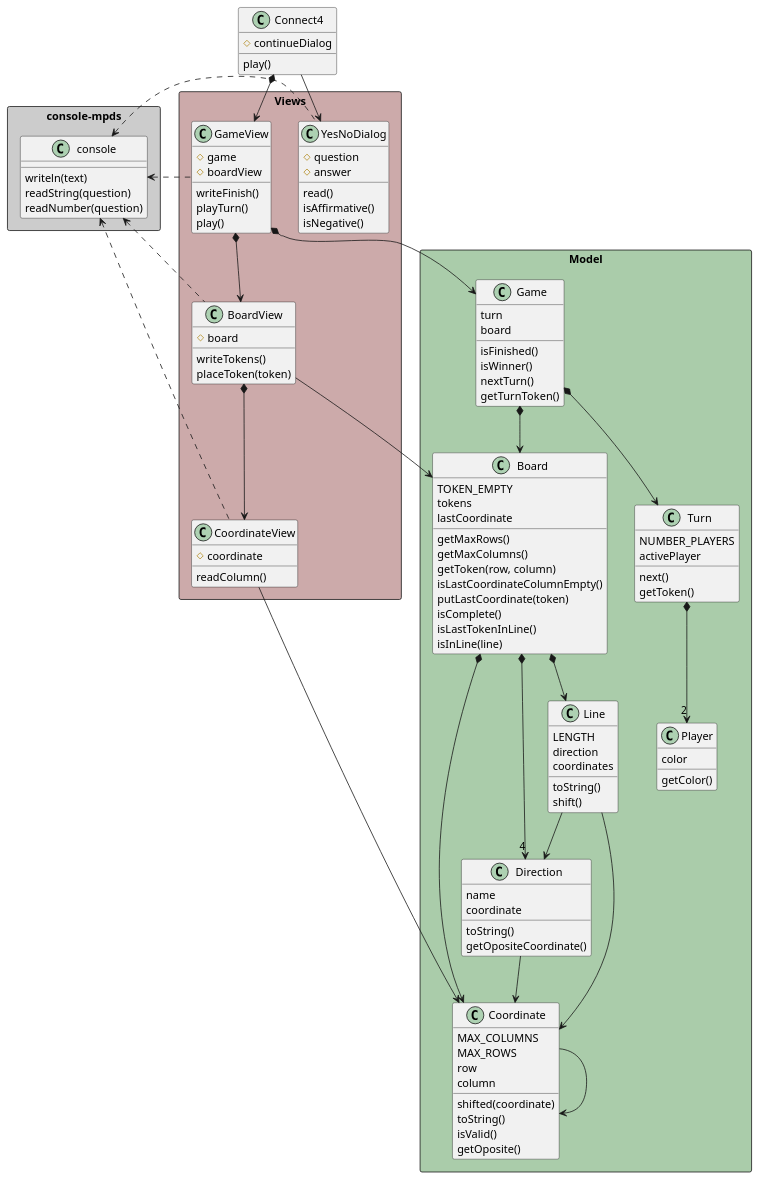
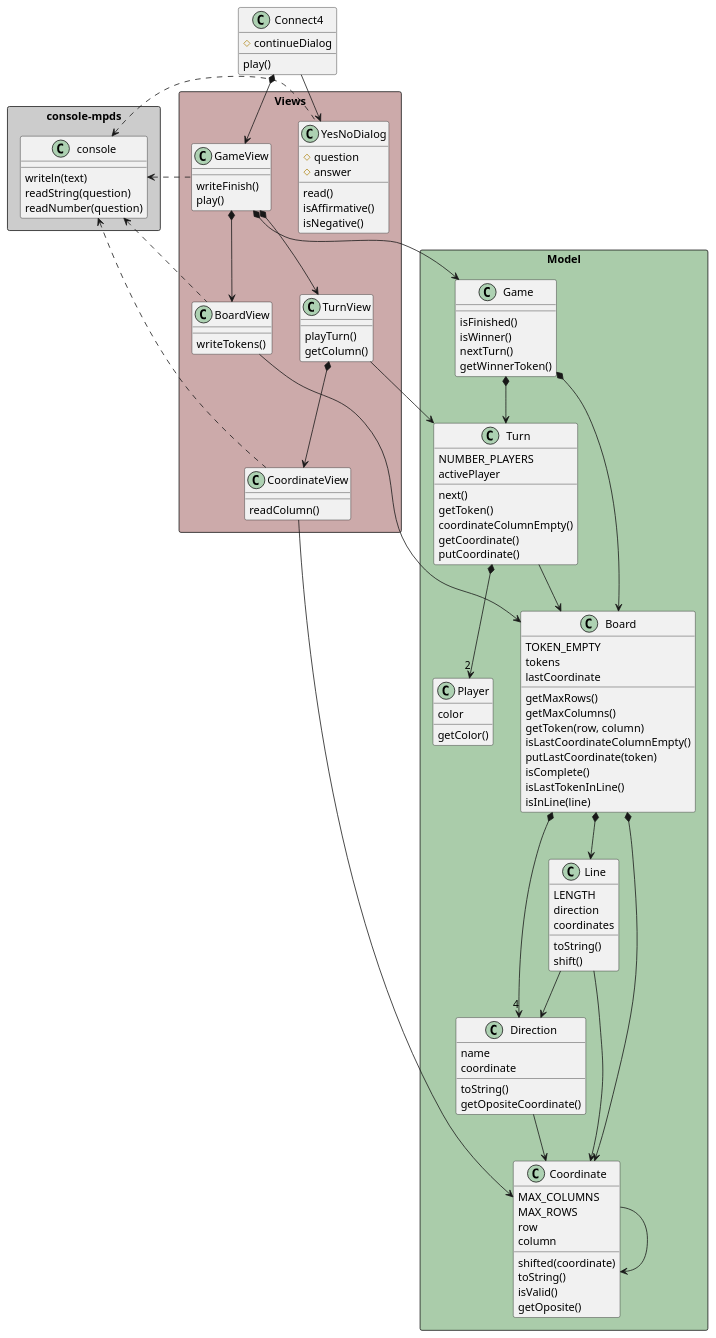
One commit to mpaulaherrero/escuelaIT changed the diagram in game-connect4/docs/diagrams/objectOriented/constructorFunction/class diagram.plantuml. Above: the diagram before and after it, drawn with PlantUML. The commit also changed 2 other files, not shown here.

Commit message:
turnView y player

```diff
--- a/game-connect4/docs/diagrams/objectOriented/constructorFunction/class diagram.plantuml
+++ b/game-connect4/docs/diagrams/objectOriented/constructorFunction/class diagram.plantuml
@@ -1,140 +1,144 @@
 @startuml connect4_constructorFunction_classdiagram
 
 package "console-mpds" <<Rectangle>> #ccc {
     class console {
         writeln(text)
         readString(question)
         readNumber(question)
     }
 }
 
 package "Model" <<Rectangle>> #aca {
     class Coordinate {
         MAX_COLUMNS
         MAX_ROWS
         row
         column
         shifted(coordinate)
         toString()
         isValid()
         getOposite()
     }
 
     class Direction {
         name
         coordinate
         toString()
         getOpositeCoordinate()
     }
 
     class Line {
         LENGTH
         direction
         coordinates
         toString()
         shift()
     }
 
     class Board {
         TOKEN_EMPTY
         tokens
         lastCoordinate
         getMaxRows()
         getMaxColumns()
         getToken(row, column)
         isLastCoordinateColumnEmpty()
         putLastCoordinate(token)
         isComplete()
         isLastTokenInLine()
         isInLine(line)
     }
 
     class Player{
         color
         getColor()
     }
 
     class Turn{
         NUMBER_PLAYERS
         activePlayer
         next()
         getToken()
+        coordinateColumnEmpty()
+        getCoordinate()
+        putCoordinate()
     }
 
     class Game {
-        turn
-        board
         isFinished()
         isWinner()
         nextTurn()
-        getTurnToken()
+        getWinnerToken()
     }
 }
 
 package "Views" <<Rectangle>> #caa {
     class CoordinateView {
-        #coordinate
         readColumn()
     }
 
     class BoardView{
-        #board
         writeTokens()
-        placeToken(token)
+    }
+
+    class TurnView {
+        playTurn()
+        getColumn()
     }
 
     class GameView {
-        #game
-        #boardView
         writeFinish()
-        playTurn()
         play()
     }
 
     class YesNoDialog {
         #question
         #answer
         read()
         isAffirmative()
         isNegative()
     }
 }
 
 class Connect4 {
     #continueDialog
     play()
 }
 
 Coordinate -> Coordinate
 
 CoordinateView -> Coordinate
 
 Direction -down-> Coordinate
 
 Line -down-> Coordinate
 Line -down-> Direction
 
 Board *-down-> Coordinate
 Board *-down-> "4" Direction
 Board *-down-> Line
 
-BoardView *-down-> CoordinateView
 BoardView -down-> Board
 
 Turn *-down-> "2" Player
+Turn -down-> Board
+
+TurnView -down-> Turn
+TurnView *-down-> CoordinateView
 
 Game *-down-> Board
 Game *-down-> Turn
 
 GameView *-down-> Game
 GameView *-down-> BoardView
+GameView *-down-> TurnView
 
 Connect4 -down-> YesNoDialog
 Connect4 *-down-> GameView
 
 YesNoDialog .-l-> console
 GameView .-l-> console
 BoardView .-l-> console
 CoordinateView .-l-> console
 
 @enduml
```
